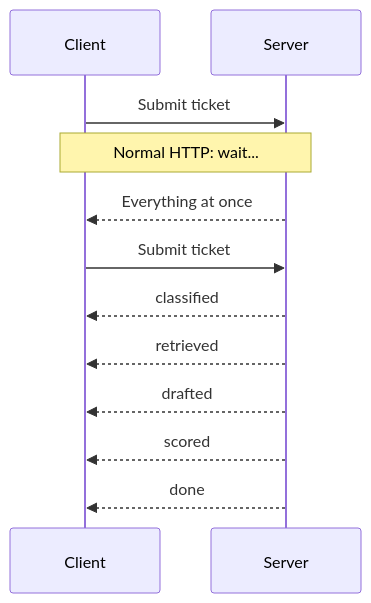
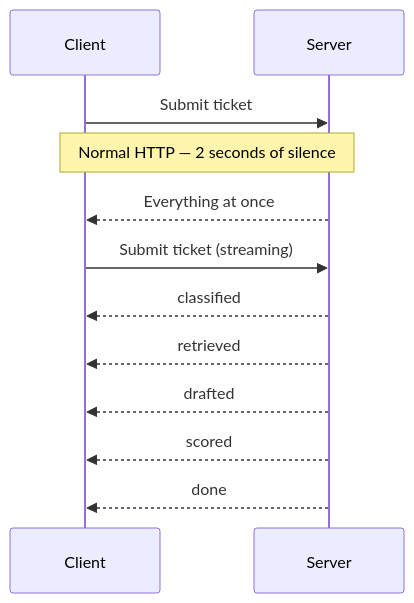
One commit to Aman-srivastav24/ai-support-triage changed diagram 12 of 18 in docs/DAY_04_LEARNINGS.md. Above: the diagram before and after it, drawn with Mermaid. The commit also changed other lines of this file, not shown here.

````diff
--- a/docs/DAY_04_LEARNINGS.md
+++ b/docs/DAY_04_LEARNINGS.md
@@ -766,15 +766,15 @@
 ```mermaid
 sequenceDiagram
     participant C as Client
     participant S as Server
     C->>S: Submit ticket
-    Note over C,S: Normal HTTP: wait...
+    Note over C,S: Normal HTTP — 2 seconds of silence
     S-->>C: Everything at once
 
-    C->>S: Submit ticket
+    C->>S: Submit ticket (streaming)
     S-->>C: classified
     S-->>C: retrieved
     S-->>C: drafted
     S-->>C: scored
     S-->>C: done
 ```
````
